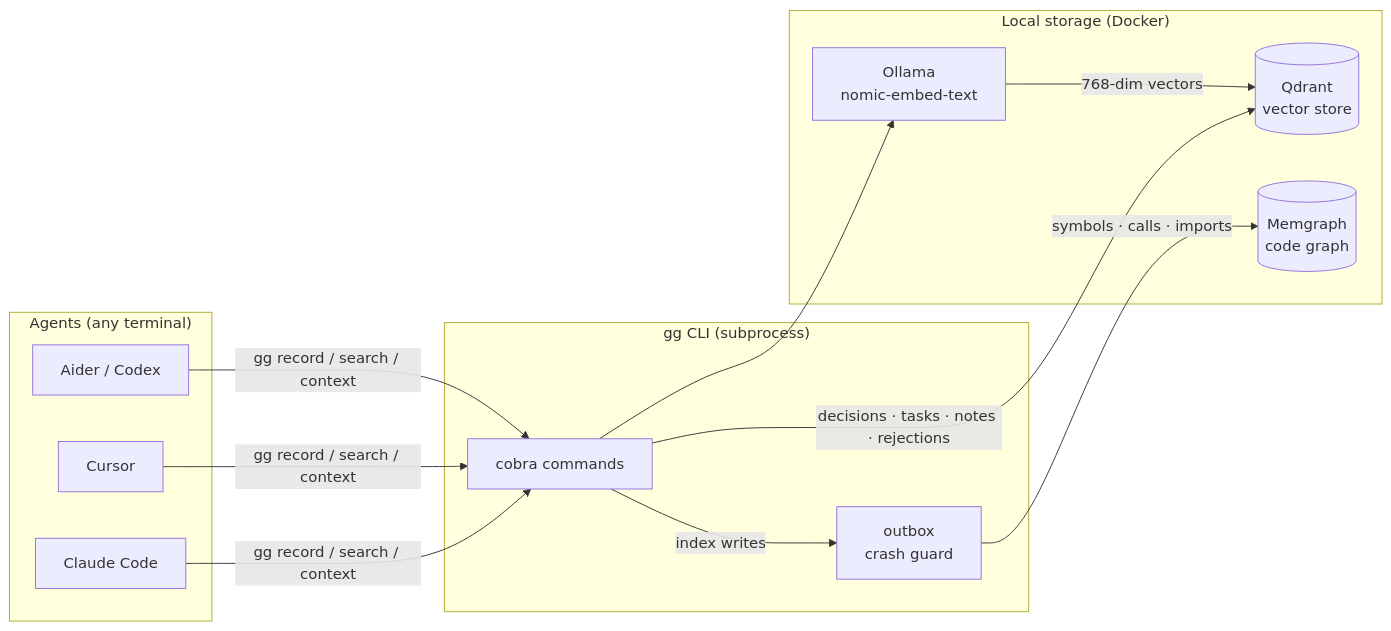
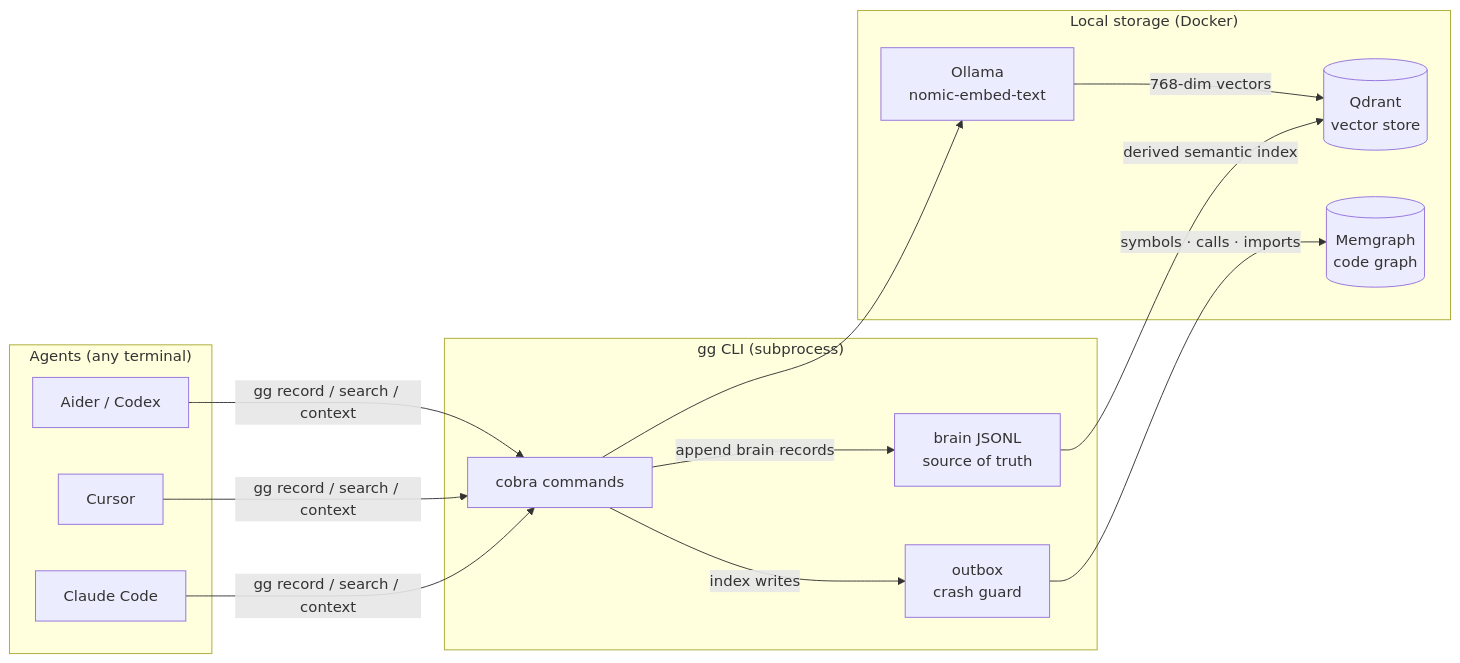
Before and after one commit to gurkangul/gg-cli: the diagram in README.md, drawn with Mermaid. The commit also changed other lines of this file and 2 other files, not shown here.

````diff
--- a/README.md
+++ b/README.md
@@ -362,26 +374,28 @@
 ```mermaid
 flowchart LR
     subgraph agents["Agents (any terminal)"]
         A1[Claude Code]
         A2[Cursor]
         A3[Aider / Codex]
     end
 
     subgraph gg["gg CLI (subprocess)"]
         CMD[cobra commands]
+        BR[brain JSONL\nsource of truth]
         OB[outbox\ncrash guard]
     end
 
     subgraph storage["Local storage (Docker)"]
         QD[(Qdrant\nvector store)]
         OL[Ollama\nnomic-embed-text]
         MG[(Memgraph\ncode graph)]
     end
 
     A1 & A2 & A3 -->|gg record / search / context| CMD
-    CMD -->|decisions · tasks · notes · rejections| QD
+    CMD -->|append brain records| BR
+    BR -->|derived semantic index| QD
     CMD --> OL
     OL -->|768-dim vectors| QD
     CMD -->|index writes| OB
     OB -->|symbols · calls · imports| MG
 ```
````
